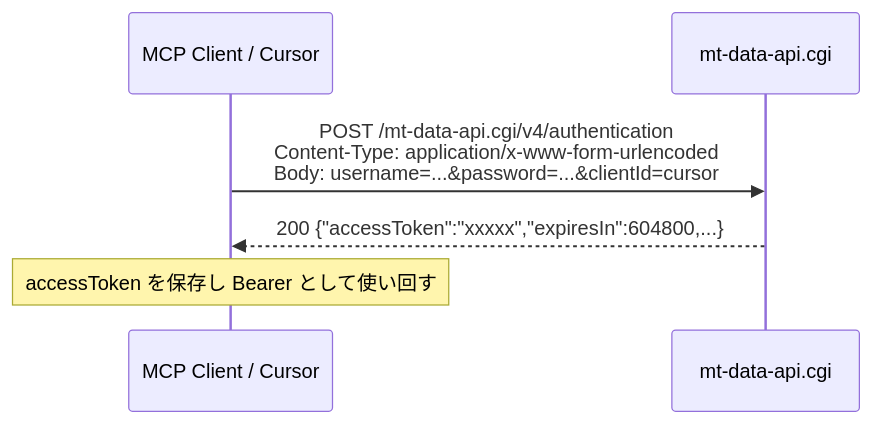
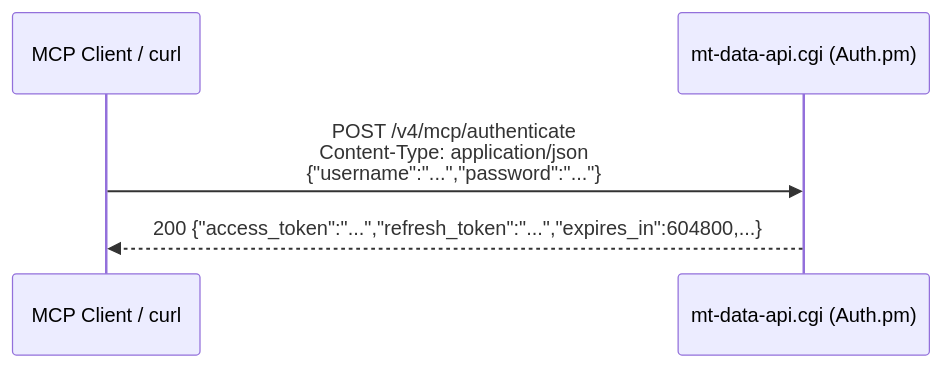
The second of 5 diagrams in docs/architecture-auth.md (redamoon/mt-plugin-mcp), drawn with Mermaid before and after one commit. The commit also changed other lines of this file and 2 other files, not shown here.

````diff
--- a/docs/architecture-auth.md
+++ b/docs/architecture-auth.md
@@ -13,9 +48,8 @@
 ```mermaid
 sequenceDiagram
-    participant C  as MCP Client / Cursor
-    participant MT as mt-data-api.cgi
+    participant C as MCP Client / curl
+    participant API as mt-data-api.cgi (Auth.pm)
 
-    C->>MT: POST /mt-data-api.cgi/v4/authentication<br/>Content-Type: application/x-www-form-urlencoded<br/>Body: username=...&password=...&clientId=cursor
-    MT-->>C: 200 {"accessToken":"xxxxx","expiresIn":604800,...}
-    Note over C: accessToken を保存し Bearer として使い回す
+    C->>API: POST /v4/mcp/authenticate<br/>Content-Type: application/json<br/>{"username":"...","password":"..."}
+    API-->>C: 200 {"access_token":"...","refresh_token":"...","expires_in":604800,...}
 ```
````
